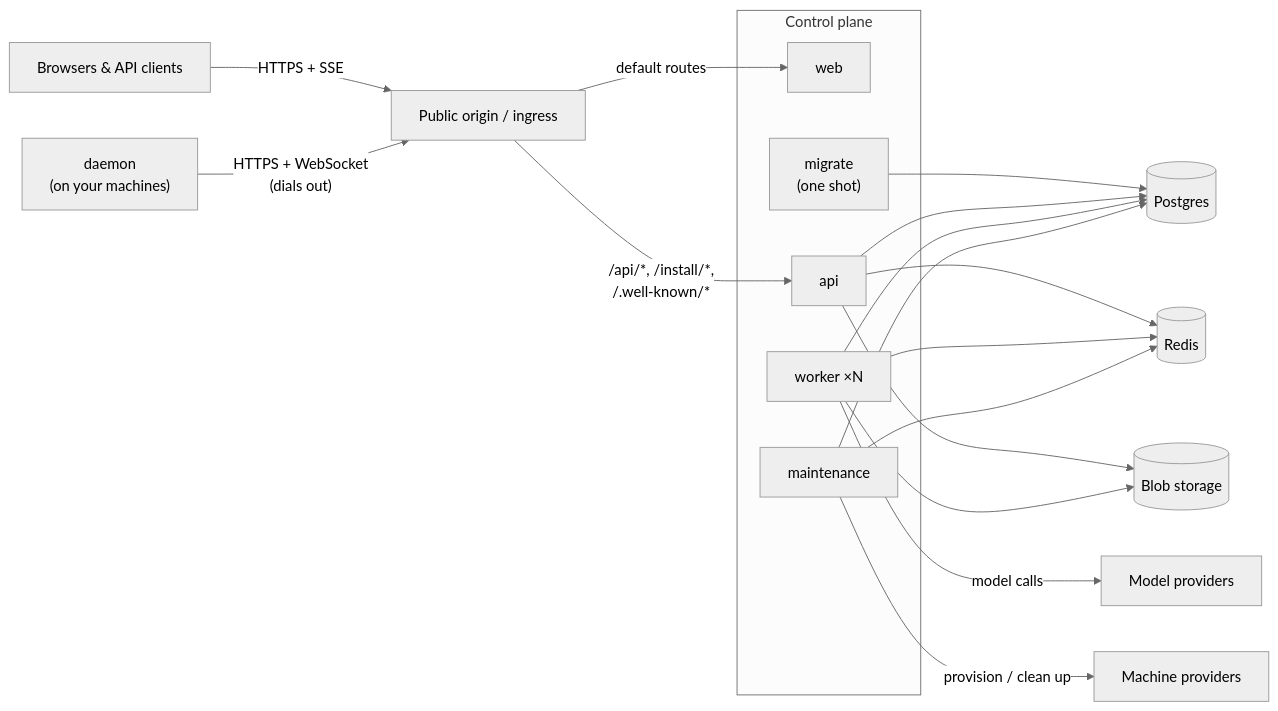
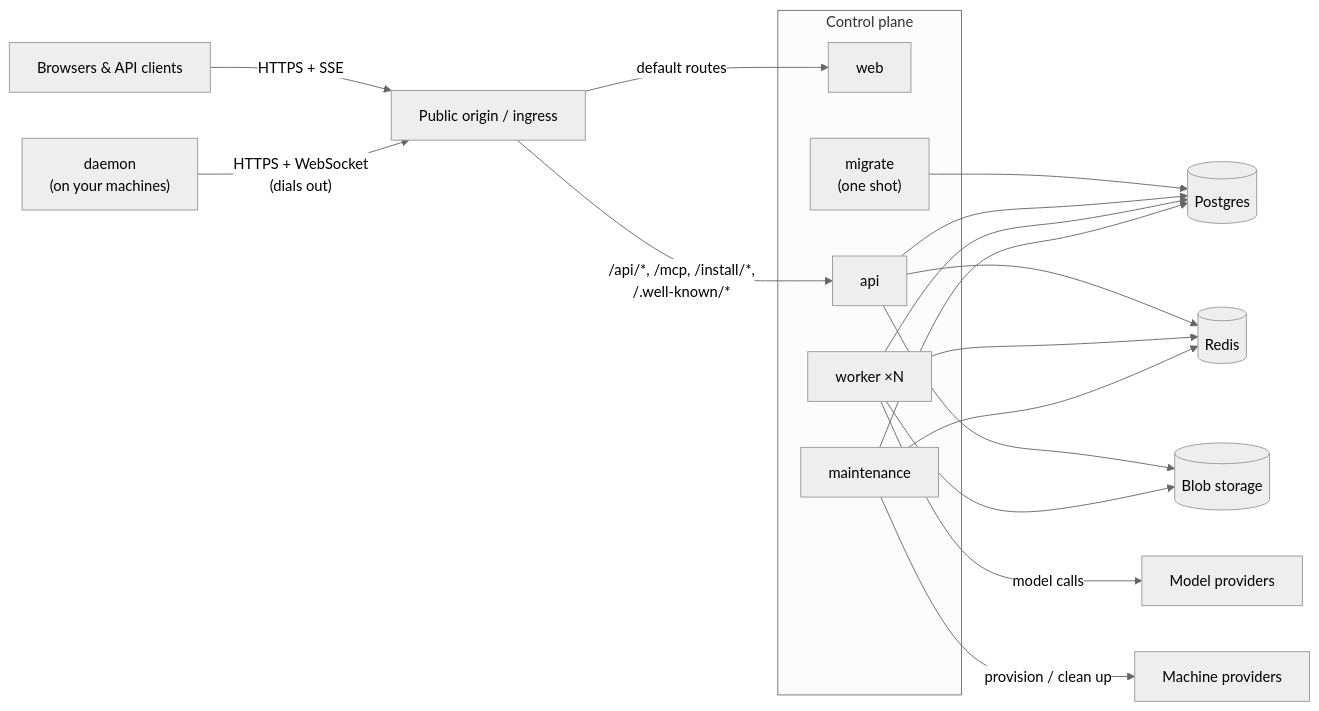
One commit to omnara-ai/omnara changed the diagram in docs/self-hosting/architecture.mdx. Above: the diagram before and after it, drawn with Mermaid (neutral theme). The commit also changed 19 other files, not shown here.

````diff
--- a/docs/self-hosting/architecture.mdx
+++ b/docs/self-hosting/architecture.mdx
@@ -7,27 +7,27 @@
 ```mermaid
 flowchart LR
   clients["Browsers & API clients"] -- "HTTPS + SSE" --> ingress["Public origin / ingress"]
   daemon["daemon<br/>(on your machines)"] -- "HTTPS + WebSocket<br/>(dials out)" --> ingress
 
   subgraph cp["Control plane"]
     web["web"]
     migrate["migrate<br/>(one shot)"]
     api["api"]
     worker["worker ×N"]
     maintenance["maintenance"]
   end
 
   ingress -- "default routes" --> web
-  ingress -- "/api/*, /install/*,<br/>/.well-known/*" --> api
+  ingress -- "/api/*, /mcp, /install/*,<br/>/.well-known/*" --> api
   migrate --> pg[("Postgres")]
   api --> pg
   api --> redis[("Redis")]
   api --> blob[("Blob storage")]
   worker --> pg
   worker --> redis
   worker --> blob
   worker -- "model calls" --> providers["Model providers"]
   maintenance --> pg
   maintenance --> redis
   maintenance -- "provision / clean up" --> mp["Machine providers"]
 ```
````
